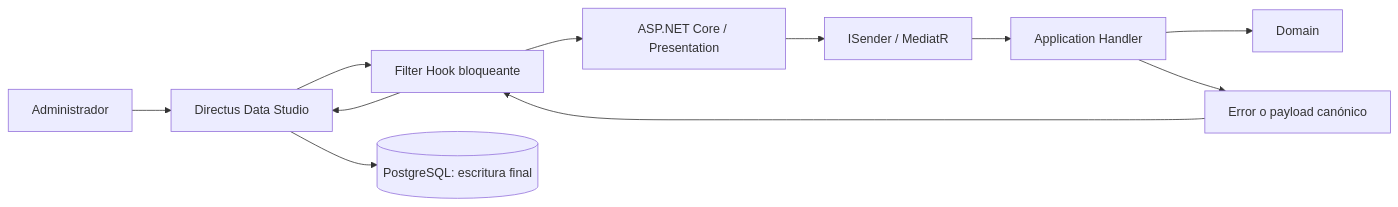
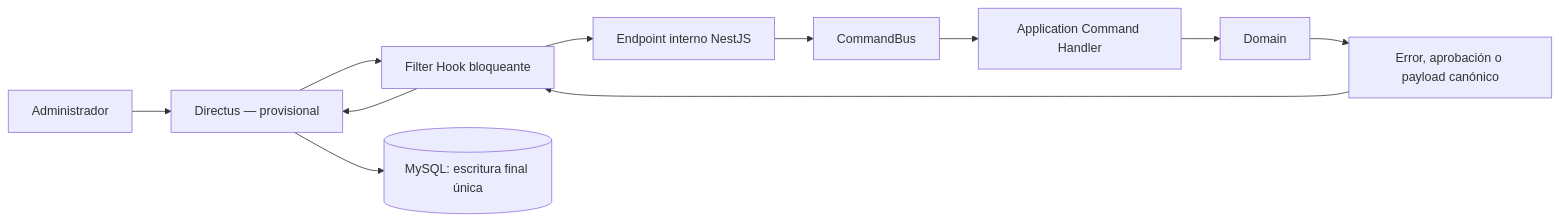
One commit to cromaticacreativa/project-cromaticacreativa-web changed the third of 7 diagrams in docs/ARCHITECTURE.md. Above: the diagram before and after it, drawn with Mermaid. The commit also changed other lines of this file and 276 other files, not shown here.

````diff
--- a/docs/ARCHITECTURE.md
+++ b/docs/ARCHITECTURE.md
@@ -51,13 +94,13 @@
 ```mermaid
 flowchart LR
-    administrator["Administrador"] --> directus["Directus Data Studio"]
+    administrador["Administrador"] --> directus["Directus — provisional"]
     directus --> hook["Filter Hook bloqueante"]
-    hook --> api["ASP.NET Core / Presentation"]
-    api --> mediator["ISender / MediatR"]
-    mediator --> handler["Application Handler"]
-    handler --> domain["Domain"]
-    handler --> result["Error o payload canónico"]
+    hook --> endpoint["Endpoint interno NestJS"]
+    endpoint --> commandBus["CommandBus"]
+    commandBus --> commandHandler["Application Command Handler"]
+    commandHandler --> domain["Domain"]
+    domain --> result["Error, aprobación o payload canónico"]
     result --> hook
     hook --> directus
-    directus --> domainDatabase[("PostgreSQL: escritura final")]
+    directus --> mysql[("MySQL: escritura final única")]
 ```
````
